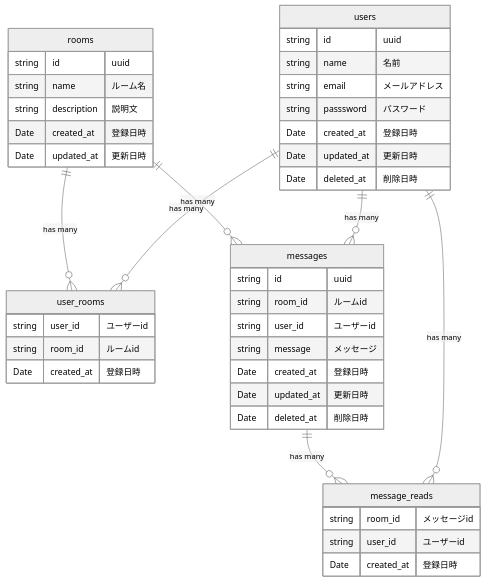
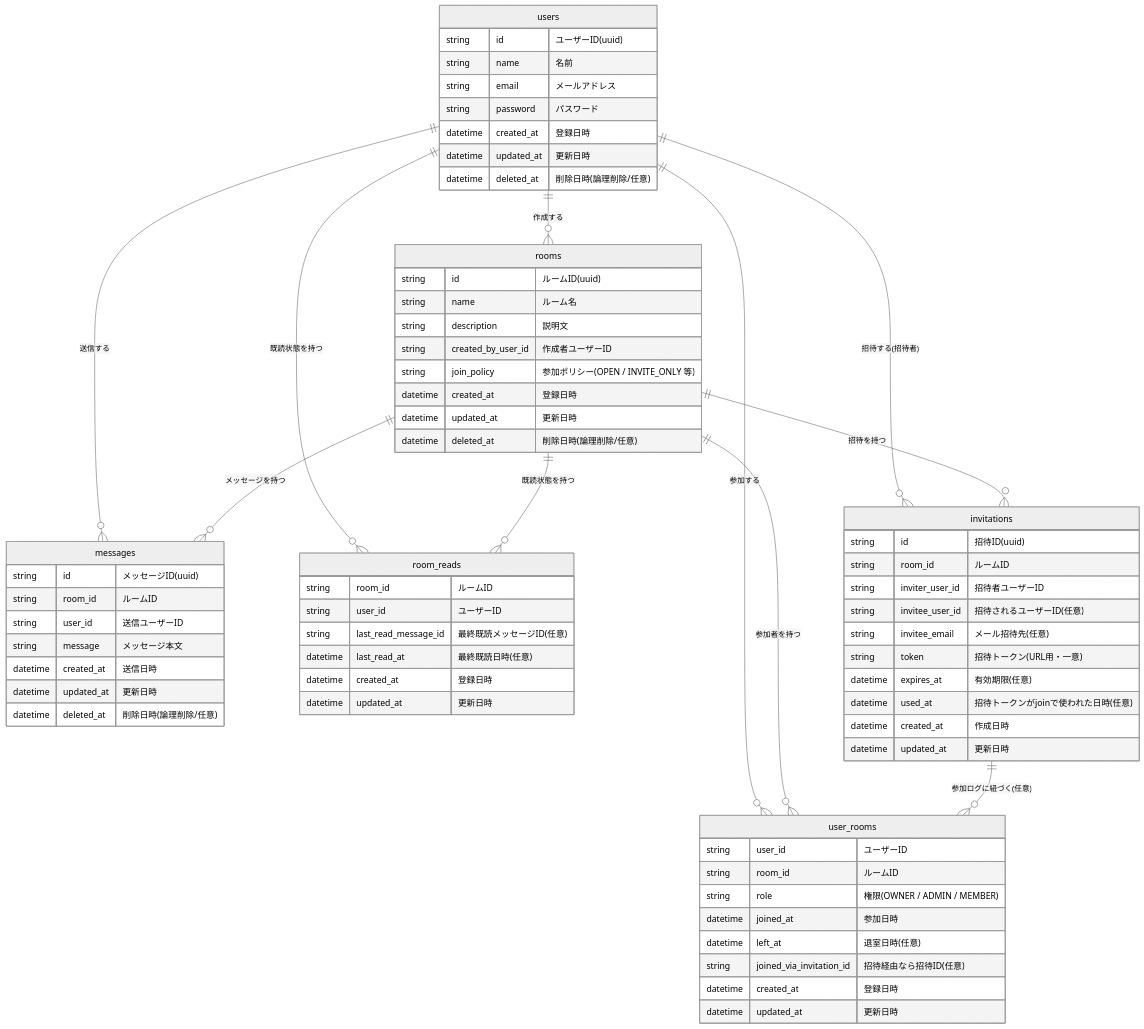
The first of 4 diagrams in README.md (onodera1215/nextjs15-chat), drawn with Mermaid (neutral theme) before and after one commit. The commit also changed other lines of this file, not shown here.

````diff
--- a/README.md
+++ b/README.md
@@ -9,51 +9,79 @@
 ```mermaid
 erDiagram
-    users ||--o{ user_rooms : "has many"
-    users ||--o{ messages : "has many"
-    users ||--o{ message_reads : "has many"
+    users ||--o{ rooms : "作成する"
+    users ||--o{ user_rooms : "参加する"
+    users ||--o{ messages : "送信する"
+    users ||--o{ room_reads : "既読状態を持つ"
+    users ||--o{ invitations : "招待する(招待者)"
+
+    rooms ||--o{ user_rooms : "参加者を持つ"
+    rooms ||--o{ messages : "メッセージを持つ"
+    rooms ||--o{ room_reads : "既読状態を持つ"
+    rooms ||--o{ invitations : "招待を持つ"
+
+    invitations ||--o{ user_rooms : "参加ログに紐づく(任意)"
+
     users {
-        string id "uuid"
+        string id "ユーザーID(uuid)"
         string name "名前"
         string email "メールアドレス"
-        string passsword "パスワード"
-        Date created_at "登録日時"
-        Date updated_at "更新日時"
-        Date deleted_at "削除日時"
+        string password "パスワード"
+        datetime created_at "登録日時"
+        datetime updated_at "更新日時"
+        datetime deleted_at "削除日時(論理削除/任意)"
     }
 
-    user_rooms
-    user_rooms {
-        string user_id "ユーザーid"
-        string room_id "ルームid"
-        Date created_at "登録日時"
+    rooms {
+        string id "ルームID(uuid)"
+        string name "ルーム名"
+        string description "説明文"
+        string created_by_user_id "作成者ユーザーID"
+        string join_policy "参加ポリシー(OPEN / INVITE_ONLY 等)"
+        datetime created_at "登録日時"
+        datetime updated_at "更新日時"
+        datetime deleted_at "削除日時(論理削除/任意)"
     }
 
-    rooms ||--o{ user_rooms : "has many"
-    rooms ||--o{ messages : "has many"
-    rooms {
-        string id "uuid"
-        string name "ルーム名"
-        string description "説明文"
-        Date created_at "登録日時"
-        Date updated_at "更新日時"
+    user_rooms {
+        string user_id "ユーザーID"
+        string room_id "ルームID"
+        string role "権限(OWNER / ADMIN / MEMBER)"
+        datetime joined_at "参加日時"
+        datetime left_at "退室日時(任意)"
+        string joined_via_invitation_id "招待経由なら招待ID(任意)"
+        datetime created_at "登録日時"
+        datetime updated_at "更新日時"
     }
 
-    messages ||--o{ message_reads : "has many"
     messages {
-        string id "uuid"
-        string room_id "ルームid"
-        string user_id "ユーザーid"
-        string message "メッセージ"
-        Date created_at "登録日時"
-        Date updated_at "更新日時"
-        Date deleted_at "削除日時"
+        string id "メッセージID(uuid)"
+        string room_id "ルームID"
+        string user_id "送信ユーザーID"
+        string message "メッセージ本文"
+        datetime created_at "送信日時"
+        datetime updated_at "更新日時"
+        datetime deleted_at "削除日時(論理削除/任意)"
     }
 
-    message_reads {
-        string room_id "メッセージid"
-        string user_id "ユーザーid"
-        Date created_at "登録日時"
+    room_reads {
+        string room_id "ルームID"
+        string user_id "ユーザーID"
+        string last_read_message_id "最終既読メッセージID(任意)"
+        datetime last_read_at "最終既読日時(任意)"
+        datetime created_at "登録日時"
+        datetime updated_at "更新日時"
     }
 
-
+    invitations {
+        string id "招待ID(uuid)"
+        string room_id "ルームID"
+        string inviter_user_id "招待者ユーザーID"
+        string invitee_user_id "招待されるユーザーID(任意)"
+        string invitee_email "メール招待先(任意)"
+        string token "招待トークン(URL用・一意)"
+        datetime expires_at "有効期限(任意)"
+        datetime used_at "招待トークンがjoinで使われた日時(任意)"
+        datetime created_at "作成日時"
+        datetime updated_at "更新日時"
+    }
 ```
````
